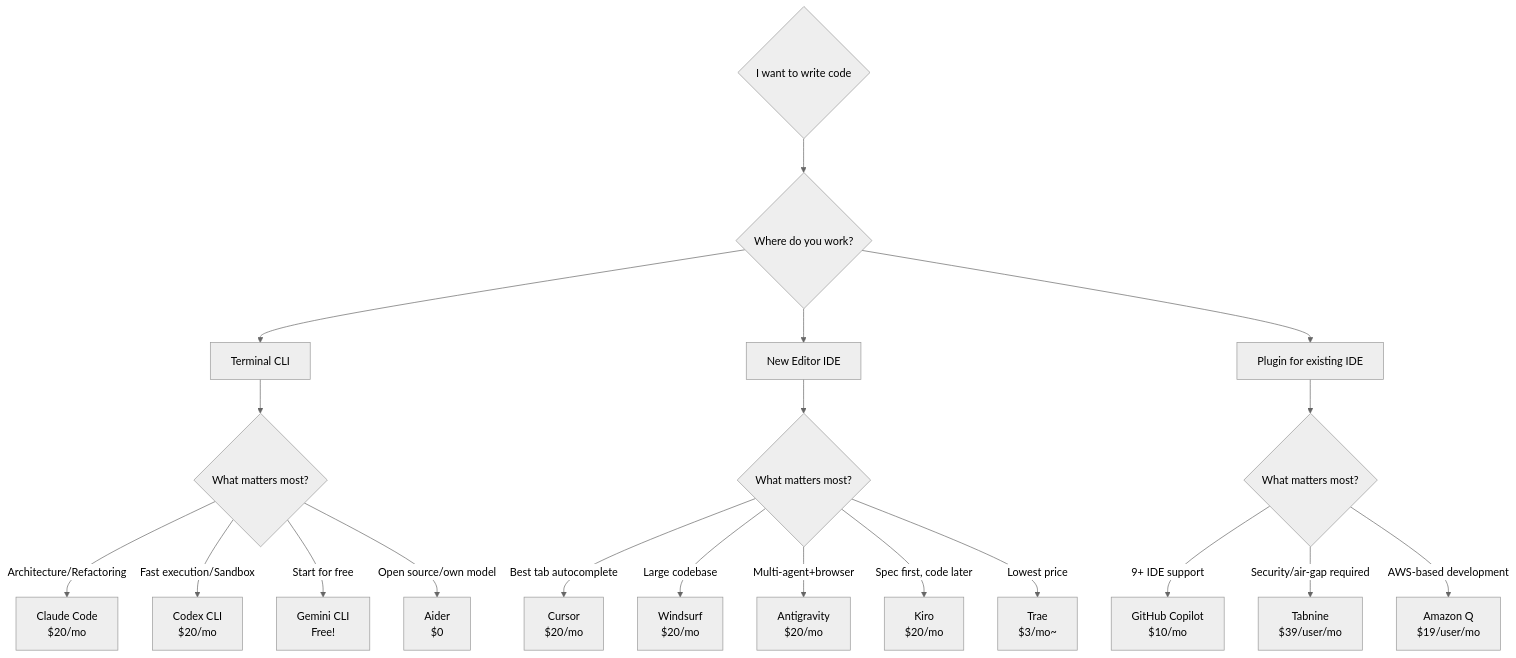
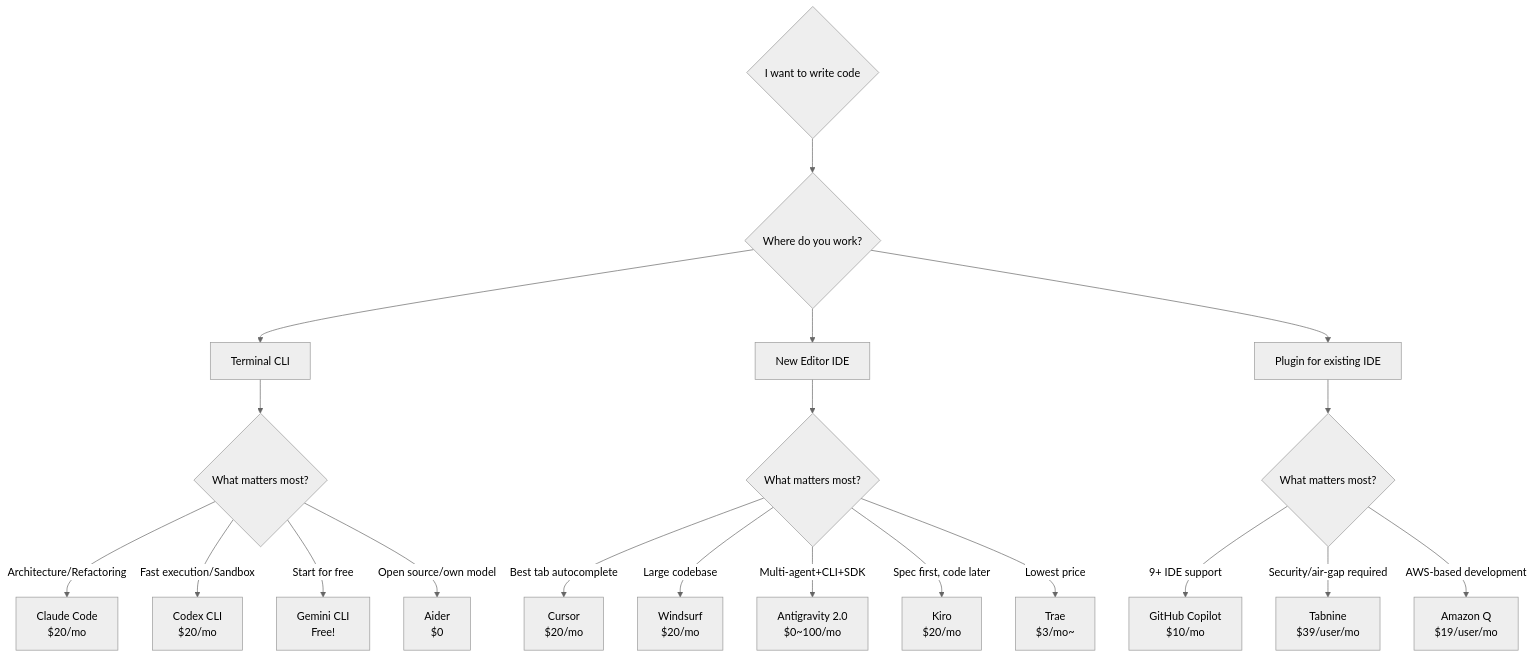
Before and after one commit to tykimos/ai-whatchelin: the third of 11 diagrams in README.md, drawn with Mermaid (neutral theme). The commit also changed other lines of this file and 4 other files, not shown here.

````diff
--- a/README.md
+++ b/README.md
@@ -293,26 +294,26 @@
 ```mermaid
 flowchart TD
     A{"I want to write code"} --> B{"Where do you work?"}
 
     B --> C["Terminal CLI"]
     B --> D["New Editor IDE"]
     B --> E["Plugin for existing IDE"]
 
     C --> C1{"What matters most?"}
     C1 -->|"Architecture/Refactoring"| CC["Claude Code\n$20/mo"]
     C1 -->|"Fast execution/Sandbox"| CX["Codex CLI\n$20/mo"]
     C1 -->|"Start for free"| CG["Gemini CLI\nFree!"]
     C1 -->|"Open source/own model"| CA["Aider\n$0"]
 
     D --> D1{"What matters most?"}
     D1 -->|"Best tab autocomplete"| DC["Cursor\n$20/mo"]
     D1 -->|"Large codebase"| DW["Windsurf\n$20/mo"]
-    D1 -->|"Multi-agent+browser"| DA["Antigravity\n$20/mo"]
+    D1 -->|"Multi-agent+CLI+SDK"| DA["Antigravity 2.0\n$0~100/mo"]
     D1 -->|"Spec first, code later"| DK["Kiro\n$20/mo"]
     D1 -->|"Lowest price"| DT["Trae\n$3/mo~"]
 
     E --> E1{"What matters most?"}
     E1 -->|"9+ IDE support"| EG["GitHub Copilot\n$10/mo"]
     E1 -->|"Security/air-gap required"| ET["Tabnine\n$39/user/mo"]
     E1 -->|"AWS-based development"| EA["Amazon Q\n$19/user/mo"]
 ```
````
